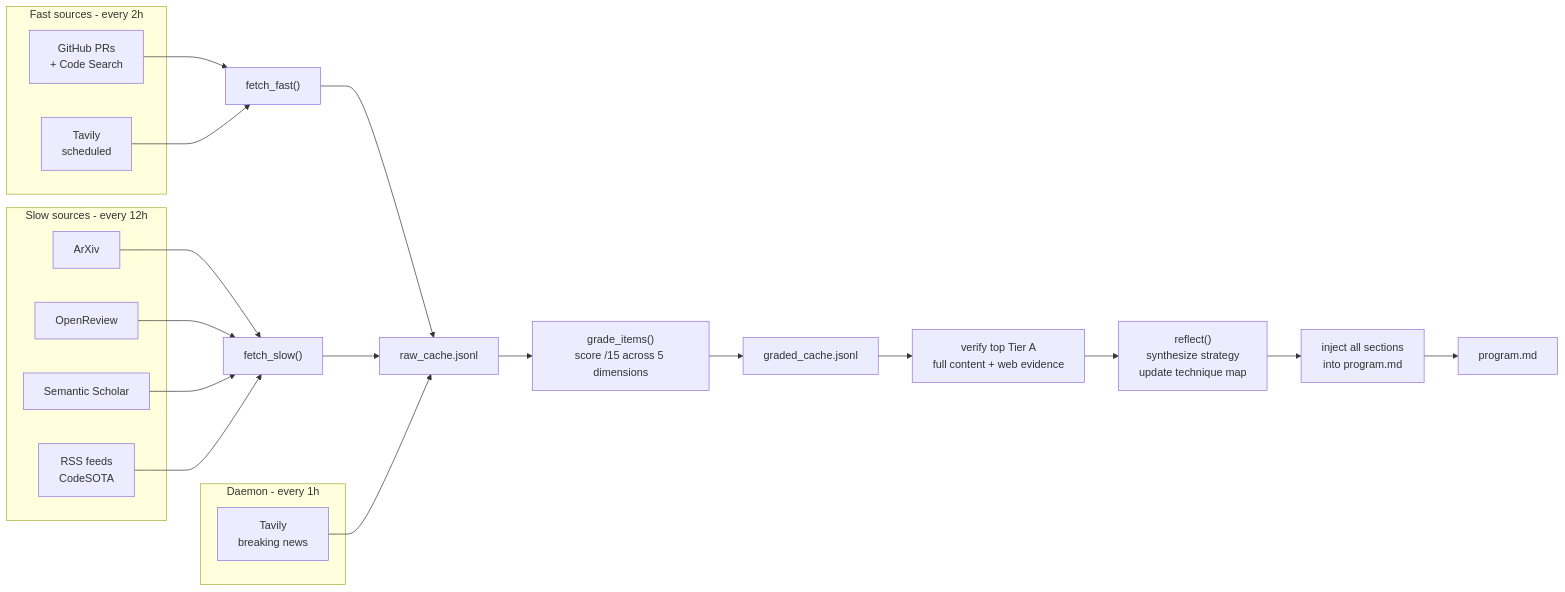
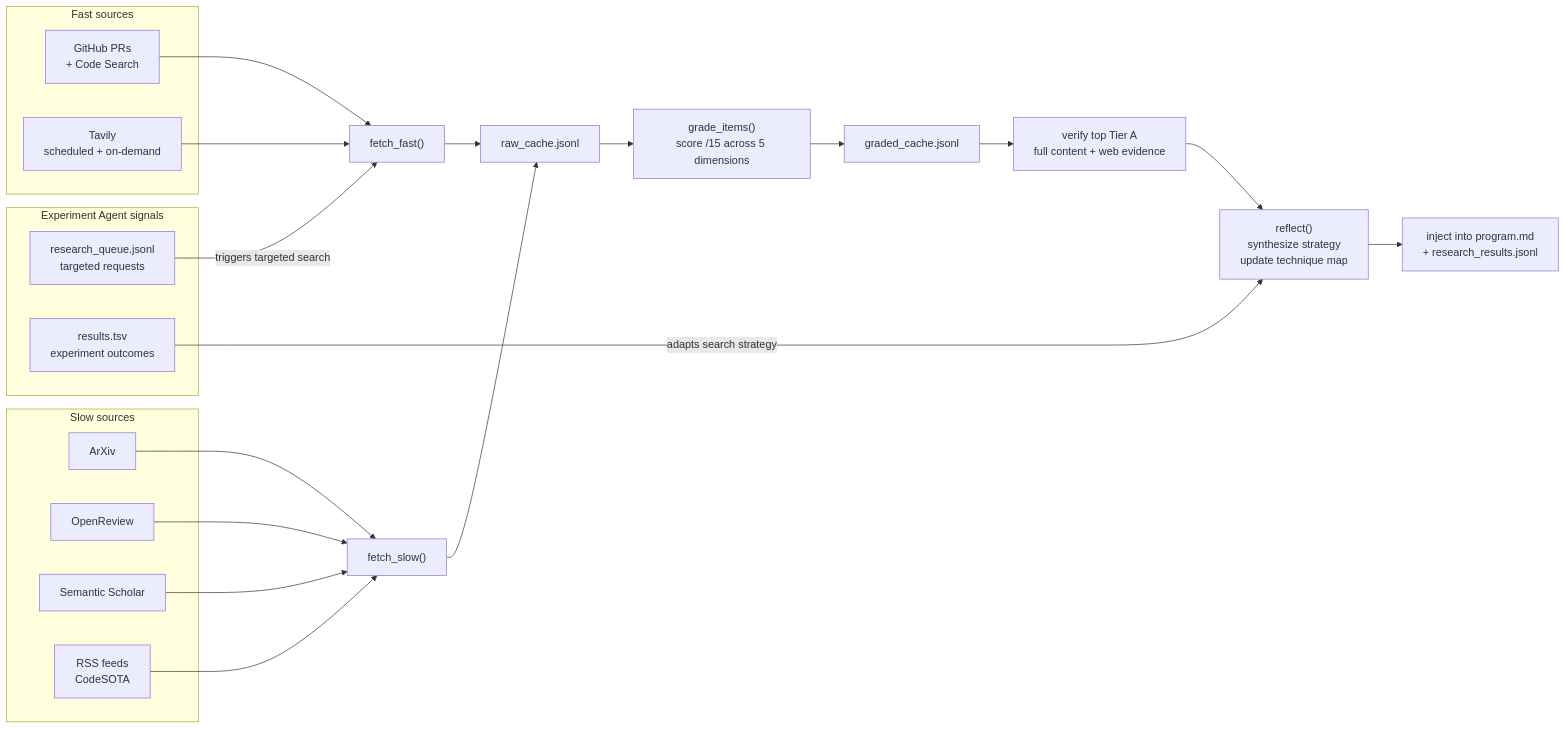
The second of 2 diagrams in README.md (robinojw/parameter-golf-autoresearch), drawn with Mermaid before and after one commit. The commit also changed other lines of this file and 14 other files, not shown here.

First line of the commit message:
feat: dual-agent architecture with experiment/research separation

````diff
--- a/README.md
+++ b/README.md
@@ -72,29 +111,30 @@
 ```mermaid
 graph LR
-    subgraph "Fast sources - every 2h"
+    subgraph "Fast sources"
         D["GitHub PRs\n+ Code Search"]
-        F["Tavily\nscheduled"]
+        F["Tavily\nscheduled + on-demand"]
     end
 
-    subgraph "Slow sources - every 12h"
+    subgraph "Slow sources"
         A["ArXiv"]
         B["OpenReview"]
         C["Semantic Scholar"]
         E["RSS feeds\nCodeSOTA"]
     end
 
-    subgraph "Daemon - every 1h"
-        G["Tavily\nbreaking news"]
+    subgraph "Experiment Agent signals"
+        REQ["research_queue.jsonl\ntargeted requests"]
+        RES["results.tsv\nexperiment outcomes"]
     end
 
     D & F --> FAST["fetch_fast()"]
     A & B & C & E --> SLOW["fetch_slow()"]
     FAST & SLOW --> CACHE["raw_cache.jsonl"]
-    G --> CACHE
     CACHE --> GRADE["grade_items()\nscore /15 across 5 dimensions"]
     GRADE --> GCACHE["graded_cache.jsonl"]
     GCACHE --> VERIFY["verify top Tier A\nfull content + web evidence"]
     VERIFY --> REFLECT["reflect()\nsynthesize strategy\nupdate technique map"]
-    REFLECT --> INJECT["inject all sections\ninto program.md"]
-    INJECT --> PROG["program.md"]
+    REFLECT --> INJECT["inject into program.md\n+ research_results.jsonl"]
+    REQ --> |"triggers targeted search"| FAST
+    RES --> |"adapts search strategy"| REFLECT
 ```
````
